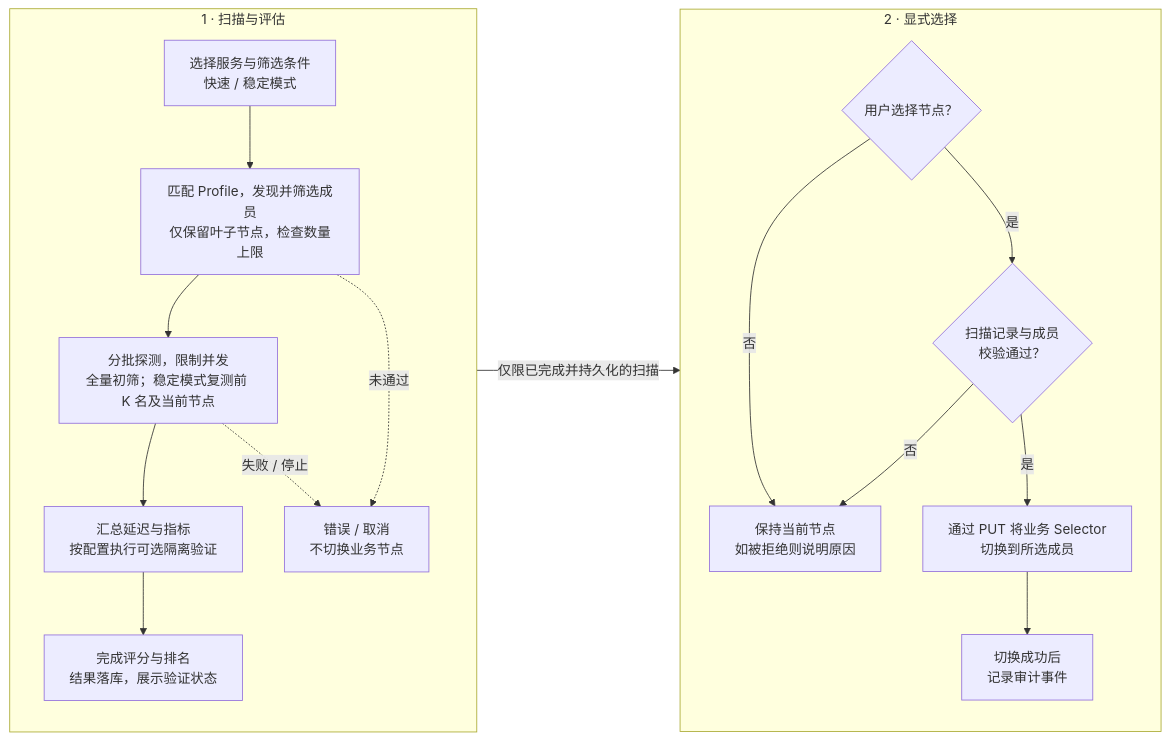
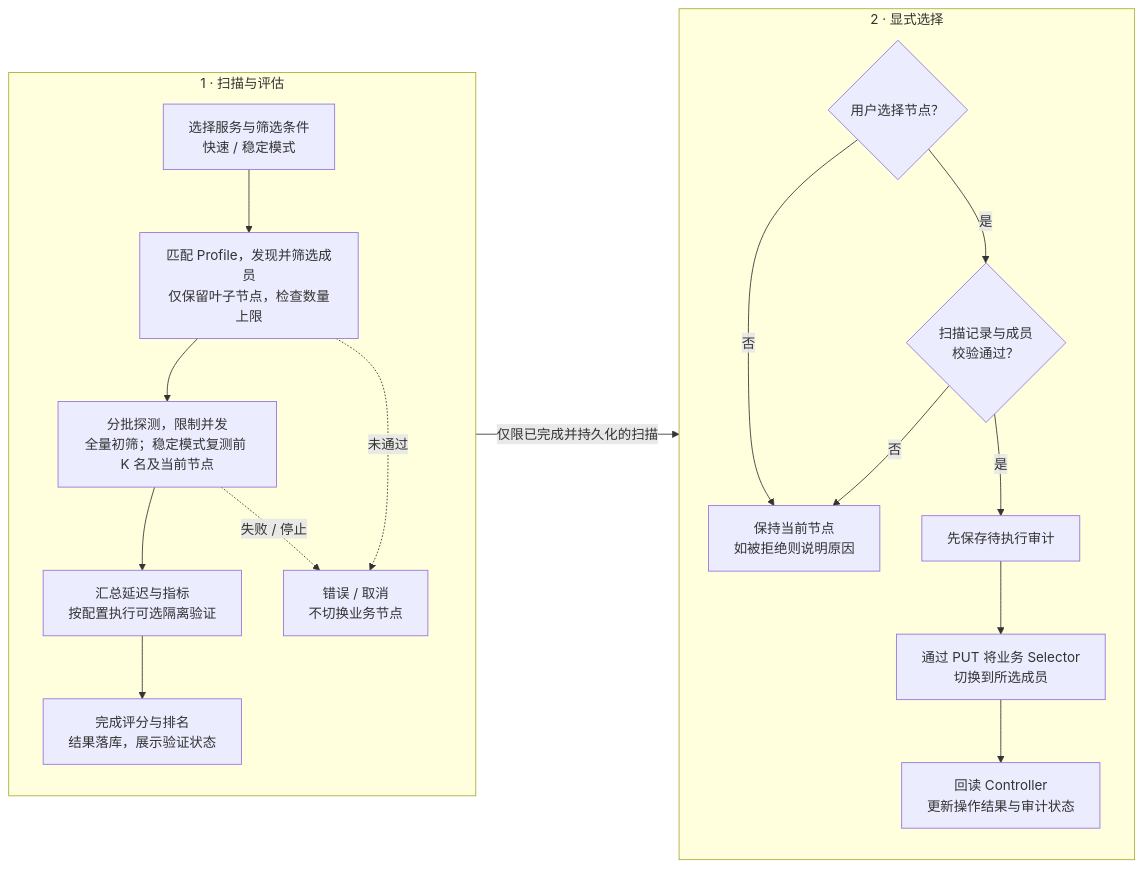
One commit to Uddoo/mihomo-smart-selector changed the second of 2 diagrams in README.zh-CN.md. Above: the diagram before and after it, drawn with Mermaid. The commit also changed 38 other files, not shown here.

````diff
--- a/README.zh-CN.md
+++ b/README.zh-CN.md
@@ -117,32 +117,33 @@
 ```mermaid
 flowchart LR
     subgraph scanning["1 · 扫描与评估"]
         direction TB
         choose["选择服务与筛选条件<br/>快速 / 稳定模式"]
         preflight["匹配 Profile，发现并筛选成员<br/>仅保留叶子节点，检查数量上限"]
         probe["分批探测，限制并发<br/>全量初筛；稳定模式复测前 K 名及当前节点"]
         verify["汇总延迟与指标<br/>按配置执行可选隔离验证"]
         rank["完成评分与排名<br/>结果落库，展示验证状态"]
         stop["错误 / 取消<br/>不切换业务节点"]
 
         choose --> preflight --> probe --> verify --> rank
         preflight -.->|"未通过"| stop
         probe -.->|"失败 / 停止"| stop
     end
 
     subgraph selection["2 · 显式选择"]
         direction TB
         decide{"用户选择节点？"}
         allowed{"扫描记录与成员<br/>校验通过？"}
         switch["通过 PUT 将业务 Selector<br/>切换到所选成员"]
-        audit["切换成功后<br/>记录审计事件"]
+        intent["先保存待执行审计"]
+        audit["回读 Controller<br/>更新操作结果与审计状态"]
         keep["保持当前节点<br/>如被拒绝则说明原因"]
 
         decide -->|"是"| allowed
         decide -->|"否"| keep
         allowed -->|"否"| keep
-        allowed -->|"是"| switch --> audit
+        allowed -->|"是"| intent --> switch --> audit
     end
 
     scanning -->|"仅限已完成并持久化的扫描"| selection
 ```
````
